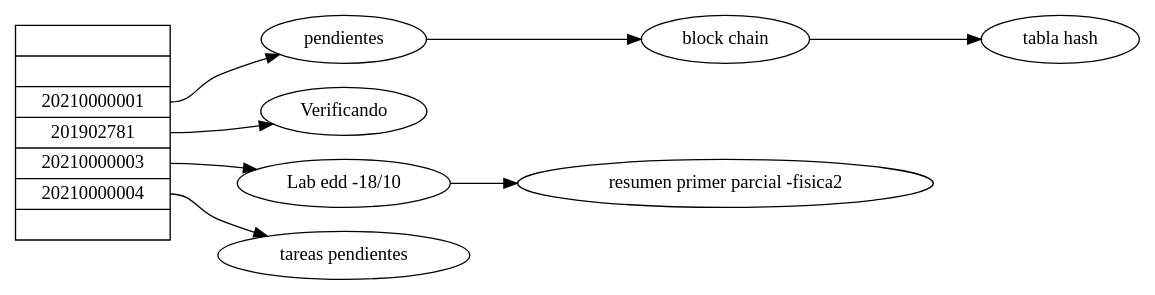
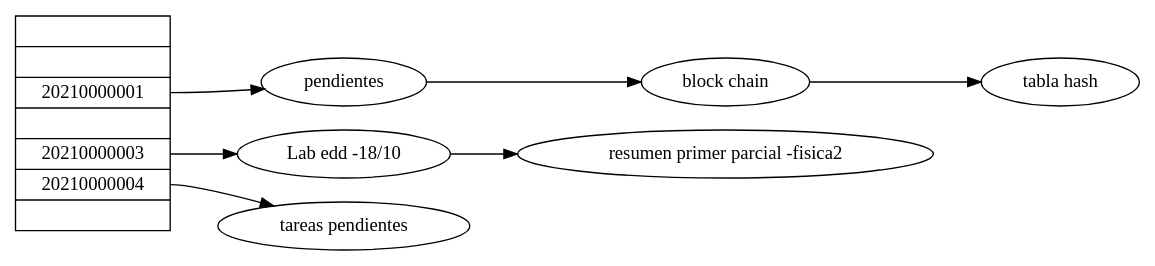
The diagram in Fase 3/frontend/src/pages/TablaHash/TablaHash.dot (rodriporon/EDD_SmartClass_201902781), drawn with Graphviz before and after one commit. The commit also changed 11 other files, not shown here.

```diff
--- a/Fase 3/frontend/src/pages/TablaHash/TablaHash.dot
+++ b/Fase 3/frontend/src/pages/TablaHash/TablaHash.dot
@@ -1,18 +1,16 @@
 digraph structs {
  rankdir=LR node[shape=record]; 
-struct1 [label="<f0> |<f1> |<f2> 20210000001|<f3> 201902781|<f4> 20210000003|<f5> 20210000004|<f6> "];n20 [shape=ellipse, label="pendientes"] 
+struct1 [label="<f0> |<f1> |<f2> 20210000001|<f3> |<f4> 20210000003|<f5> 20210000004|<f6> "];n20 [shape=ellipse, label="pendientes"] 
 struct1:f2 -> n20 
 n21 [shape=ellipse, label="block chain"] 
 n20 -> n21 
 n22 [shape=ellipse, label="tabla hash"] 
 n21 -> n22 
-n30 [shape=ellipse, label="Verificando"] 
-struct1:f3 -> n30 
 n40 [shape=ellipse, label="Lab edd -18/10"] 
 struct1:f4 -> n40 
 n41 [shape=ellipse, label="resumen primer parcial -fisica2"] 
 n40 -> n41 
 n50 [shape=ellipse, label="tareas pendientes"] 
 struct1:f5 -> n50 
 
 }
```
